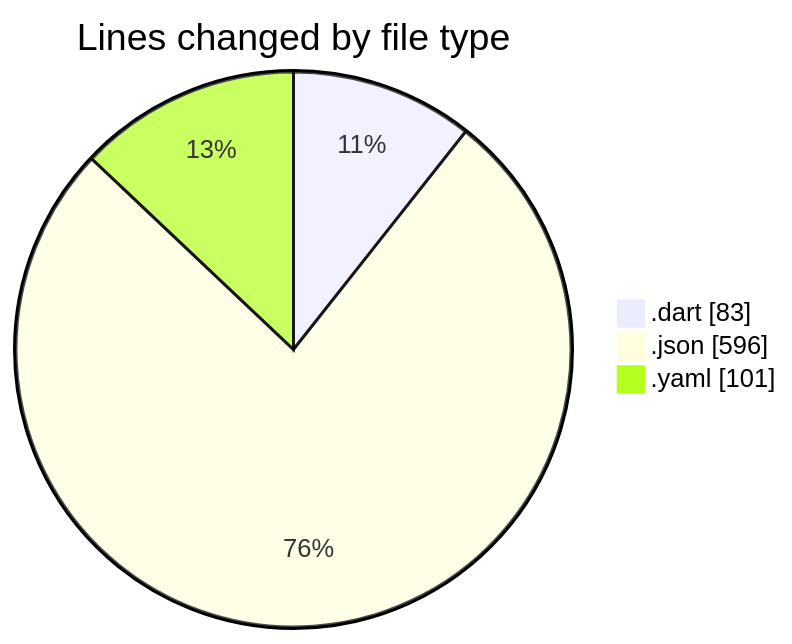
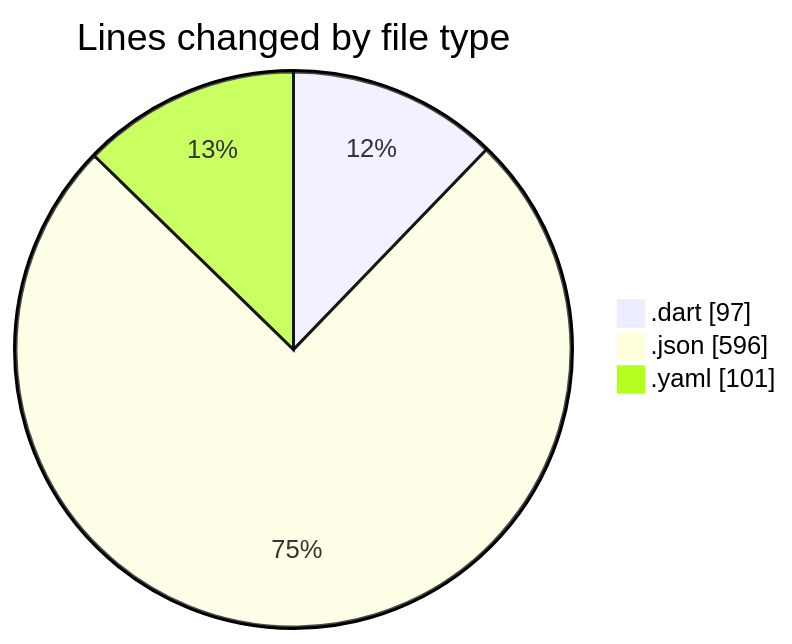
The first of 2 diagrams in 2025-02-21/uber_clone/README.md (donsfak/code-tracking), drawn with Mermaid before and after one commit. The commit also changed other lines of this file and 1 other file, not shown here.

````diff
--- a/2025-02-21/uber_clone/README.md
+++ b/2025-02-21/uber_clone/README.md
@@ -25,7 +25,7 @@
 ```mermaid
 pie showData
 title Lines changed by file type
-".dart" : 83
+".dart" : 97
 ".json" : 596
 ".yaml" : 101
 ```
````
